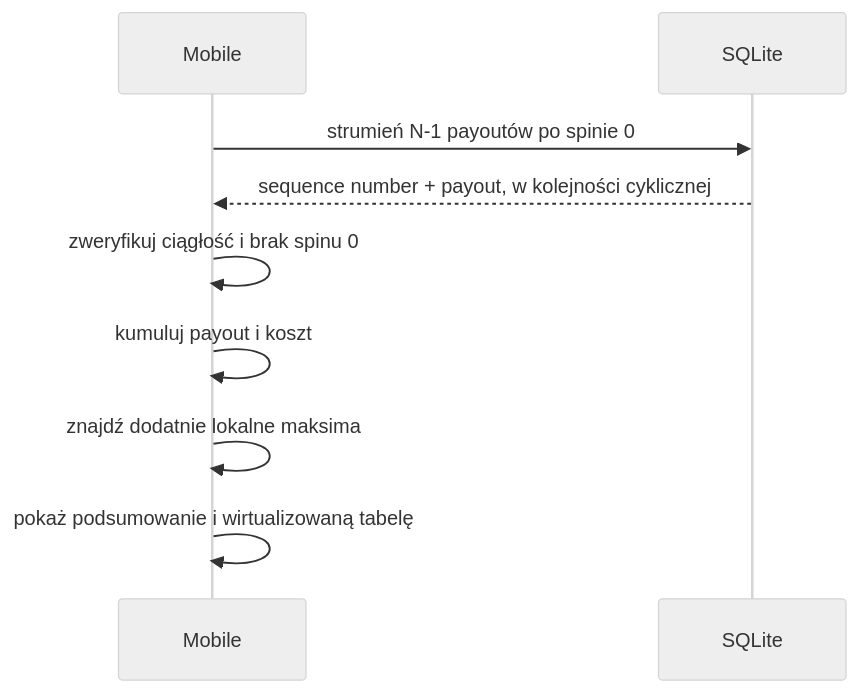
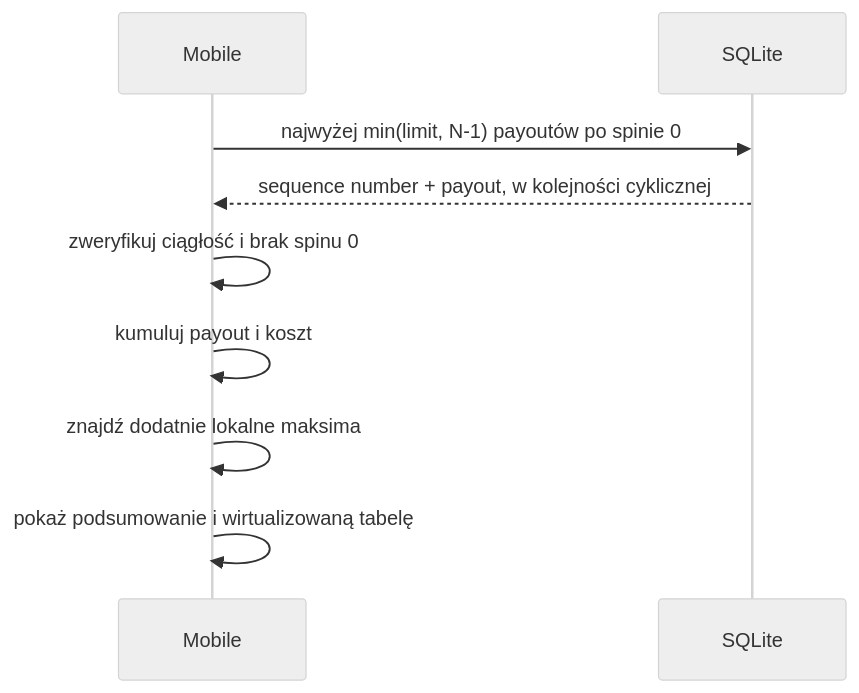
Before and after one commit to tuszynski-michal/game_predicotr: the third of 4 diagrams in ai_docs/architecture/SYSTEM_ARCHITECTURE.md, drawn with Mermaid (neutral theme). The commit also changed other lines of this file and 36 other files, not shown here.

````diff
--- a/ai_docs/architecture/SYSTEM_ARCHITECTURE.md
+++ b/ai_docs/architecture/SYSTEM_ARCHITECTURE.md
@@ -317,12 +330,12 @@
 ```mermaid
 sequenceDiagram
     participant Mobile
     participant SQLite
 
-    Mobile->>SQLite: strumień N-1 payoutów po spinie 0
+    Mobile->>SQLite: najwyżej min(limit, N-1) payoutów po spinie 0
     SQLite-->>Mobile: sequence number + payout, w kolejności cyklicznej
     Mobile->>Mobile: zweryfikuj ciągłość i brak spinu 0
     Mobile->>Mobile: kumuluj payout i koszt
     Mobile->>Mobile: znajdź dodatnie lokalne maksima
     Mobile->>Mobile: pokaż podsumowanie i wirtualizowaną tabelę
 ```
````
